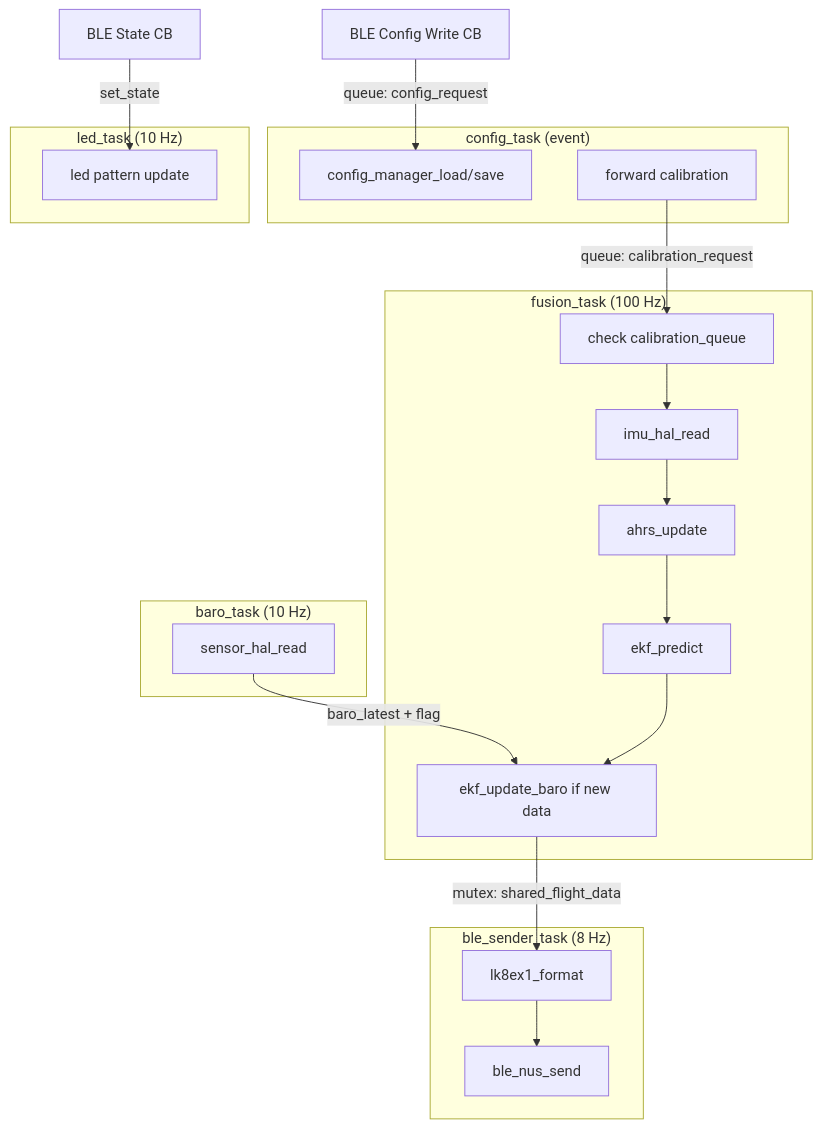
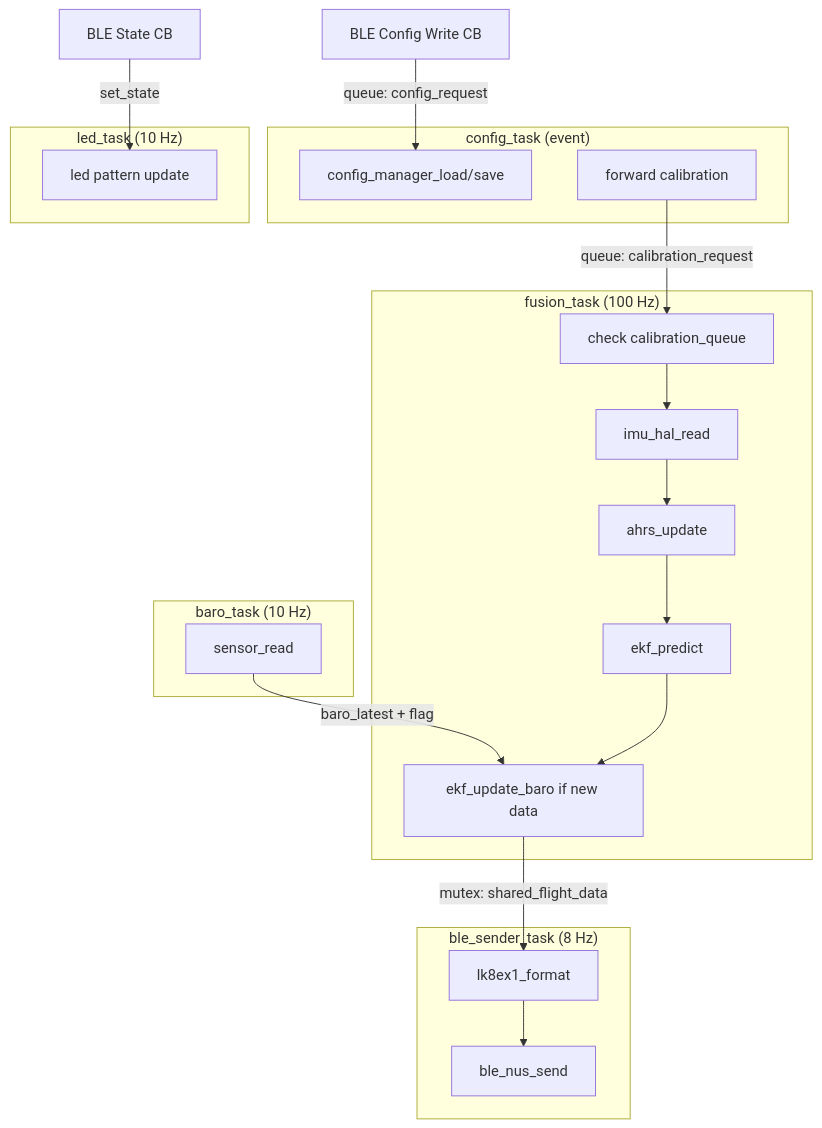
Before and after one commit to vabarcaPWR/esp-fly-in-peace: the first of 4 diagrams in docs/architecture/firmware-architecture.md, drawn with Mermaid. The commit also changed other lines of this file and 12 other files, not shown here.

````diff
--- a/docs/architecture/firmware-architecture.md
+++ b/docs/architecture/firmware-architecture.md
@@ -944,40 +944,40 @@
 ```mermaid
 graph TB
     subgraph "fusion_task (100 Hz)"
         F0[check calibration_queue]
         F1[imu_hal_read]
         F2[ahrs_update]
         F3[ekf_predict]
         F4[ekf_update_baro if new data]
     end
 
     subgraph "baro_task (10 Hz)"
-        S1[sensor_hal_read]
+        S1[sensor_read]
     end
 
     subgraph "ble_sender_task (8 Hz)"
         B1[lk8ex1_format]
         B2[ble_nus_send]
     end
 
     subgraph "config_task (event)"
         C1[config_manager_load/save]
         C2[forward calibration]
     end
 
     subgraph "led_task (10 Hz)"
         L1[led pattern update]
     end
 
     S1 -->|baro_latest + flag| F4
     F0 --> F1
     F1 --> F2
     F2 --> F3
     F3 --> F4
     F4 -->|mutex: shared_flight_data| B1
     B1 --> B2
 
     BLE_RX[BLE Config Write CB] -->|queue: config_request| C1
     C2 -->|queue: calibration_request| F0
     BLE_STATE[BLE State CB] -->|set_state| L1
 ```
````
